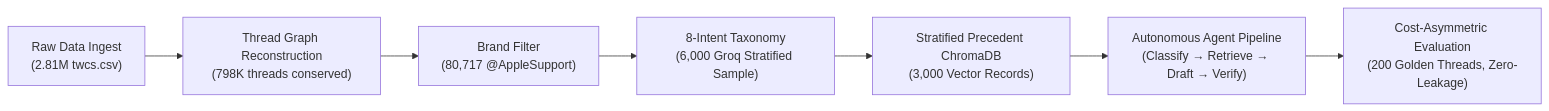
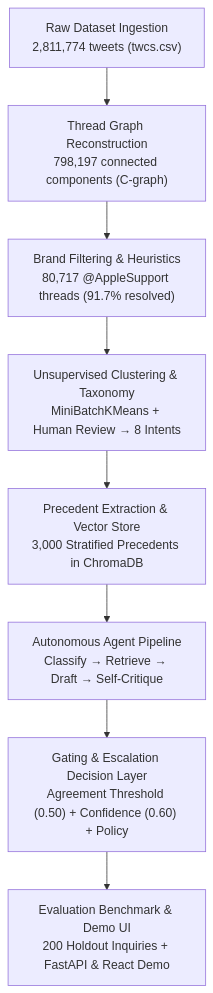
The diagram in README.md (Amar-7778/Customer-Support-Agent-Apple-Support-), drawn with Mermaid before and after one commit. The commit also changed other lines of this file, not shown here.

````diff
--- a/README.md
+++ b/README.md
@@ -5,9 +5,10 @@
 ```mermaid
-flowchart LR
-    A["Raw Data Ingest<br/>(2.81M twcs.csv)"] --> B["Thread Graph Reconstruction<br/>(798K threads conserved)"]
-    B --> C["Brand Filter<br/>(80,717 @AppleSupport)"]
-    C --> D["8-Intent Taxonomy<br/>(6,000 Groq Stratified Sample)"]
-    D --> E["Stratified Precedent ChromaDB<br/>(3,000 Vector Records)"]
-    E --> F["Autonomous Agent Pipeline<br/>(Classify → Retrieve → Draft → Verify)"]
-    F --> G["Cost-Asymmetric Evaluation<br/>(200 Golden Threads, Zero-Leakage)"]
+flowchart TD
+    A["Raw Dataset Ingestion<br/>2,811,774 tweets (twcs.csv)"] --> B["Thread Graph Reconstruction<br/>798,197 connected components (C-graph)"]
+    B --> C["Brand Filtering & Heuristics<br/>80,717 @AppleSupport threads (91.7% resolved)"]
+    C --> D["Unsupervised Clustering & Taxonomy<br/>MiniBatchKMeans + Human Review → 8 Intents"]
+    D --> E["Precedent Extraction & Vector Store<br/>3,000 Stratified Precedents in ChromaDB"]
+    E --> F["Autonomous Agent Pipeline<br/>Classify → Retrieve → Draft → Self-Critique"]
+    F --> G["Gating & Escalation Decision Layer<br/>Agreement Threshold (0.50) + Confidence (0.60) + Policy"]
+    G --> H["Evaluation Benchmark & Demo UI<br/>200 Holdout Inquiries + FastAPI & React Demo"]
 ```
````
